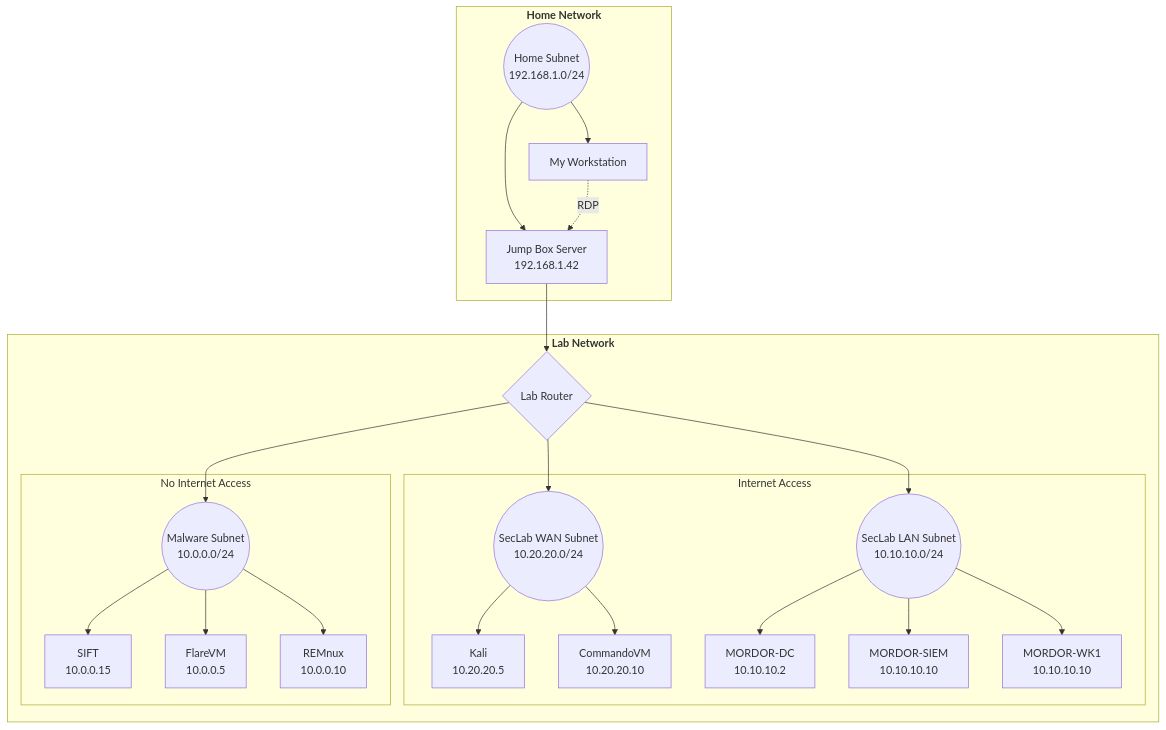
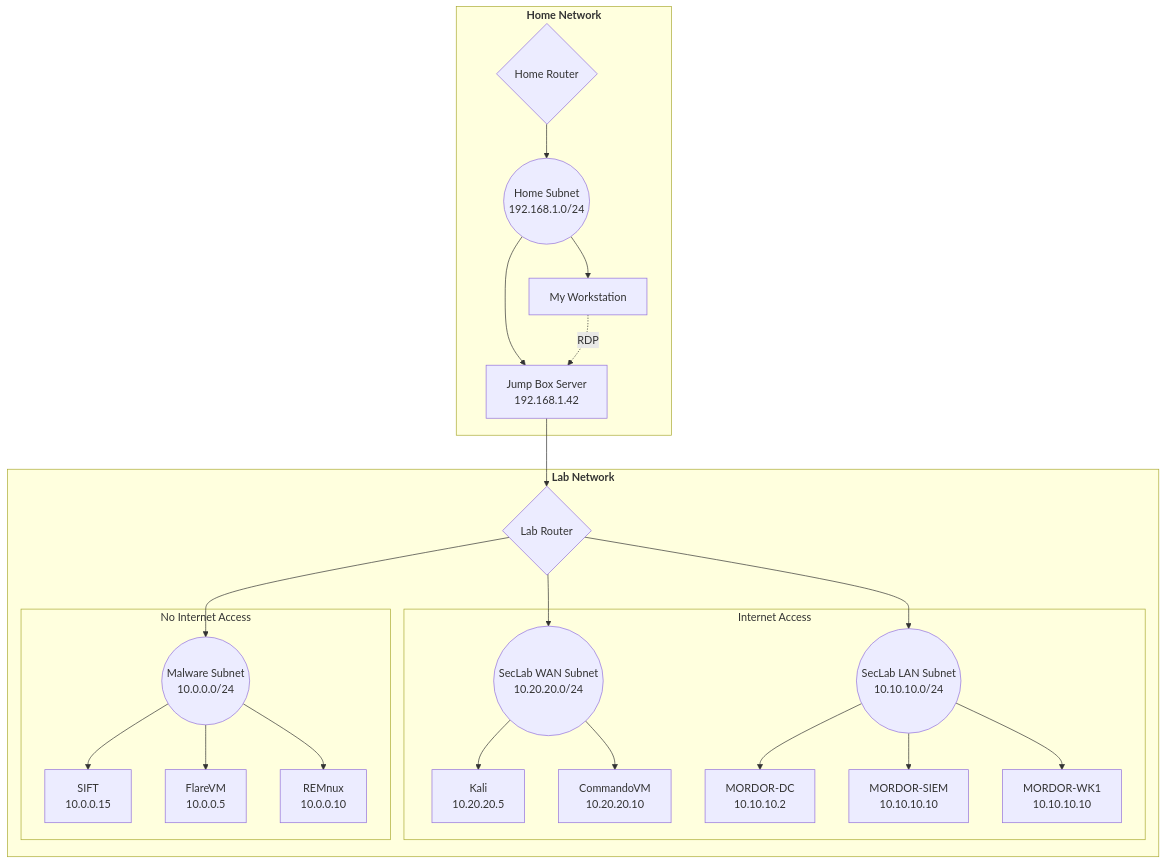
One commit to jabsec/portfolio changed the diagram in homelab/network_diagram.md. Above: the diagram before and after it, drawn with Mermaid.

````diff
--- a/homelab/network_diagram.md
+++ b/homelab/network_diagram.md
@@ -5,58 +5,61 @@
 ```mermaid
 
 graph TD
     
     Home((Home Subnet<br>192.168.1.0/24))
     Malware((Malware Subnet<br>10.0.0.0/24))
     SecLabWAN((SecLab WAN Subnet <br> 10.20.20.0/24))
     SecLabLAN((SecLab LAN Subnet <br> 10.10.10.0/24))
 
     JumpBox[Jump Box Server <br>192.168.1.42]
-    PC[My Workstation]:::server
+    PC[My Workstation]
 
     Kali[Kali<br>10.20.20.5]
     CommandoVM[CommandoVM<br>10.20.20.10]
 
     SIFT[SIFT<br>10.0.0.15]
     FlareVM[FlareVM<br>10.0.0.5]
     REMnux[REMnux<br>10.0.0.10]
 
     MORDORDC[MORDOR-DC<br>10.10.10.2]
     MORDORSIEM[MORDOR-SIEM<br>10.10.10.10]
     MORDORWK1[MORDOR-WK1<br>10.10.10.10]
     
 
     JumpBox --> Router2
 
     Router2 --> Malware
     Router2 --> SecLabLAN
     Router2 --> SecLabWAN
 
     subgraph 4 [<b>Lab Network]
 
     Router2{Lab Router}
 
         subgraph 1 [No Internet Access]
             Malware --> FlareVM
             Malware --> REMnux
             Malware --> SIFT
         end
     
         subgraph 2 [Internet Access]
             SecLabWAN --> Kali
             SecLabWAN --> CommandoVM
         
             SecLabLAN --> MORDORDC
             SecLabLAN --> MORDORSIEM
             SecLabLAN --> MORDORWK1
         end
 
     end
 
     subgraph 3 [<b>Home Network]
+        Router1{Home Router}
+        Router1
+        Router1 --> Home
         Home --> JumpBox
         Home --> PC
         PC-. RDP .-> JumpBox
     end
 
 ```
````
